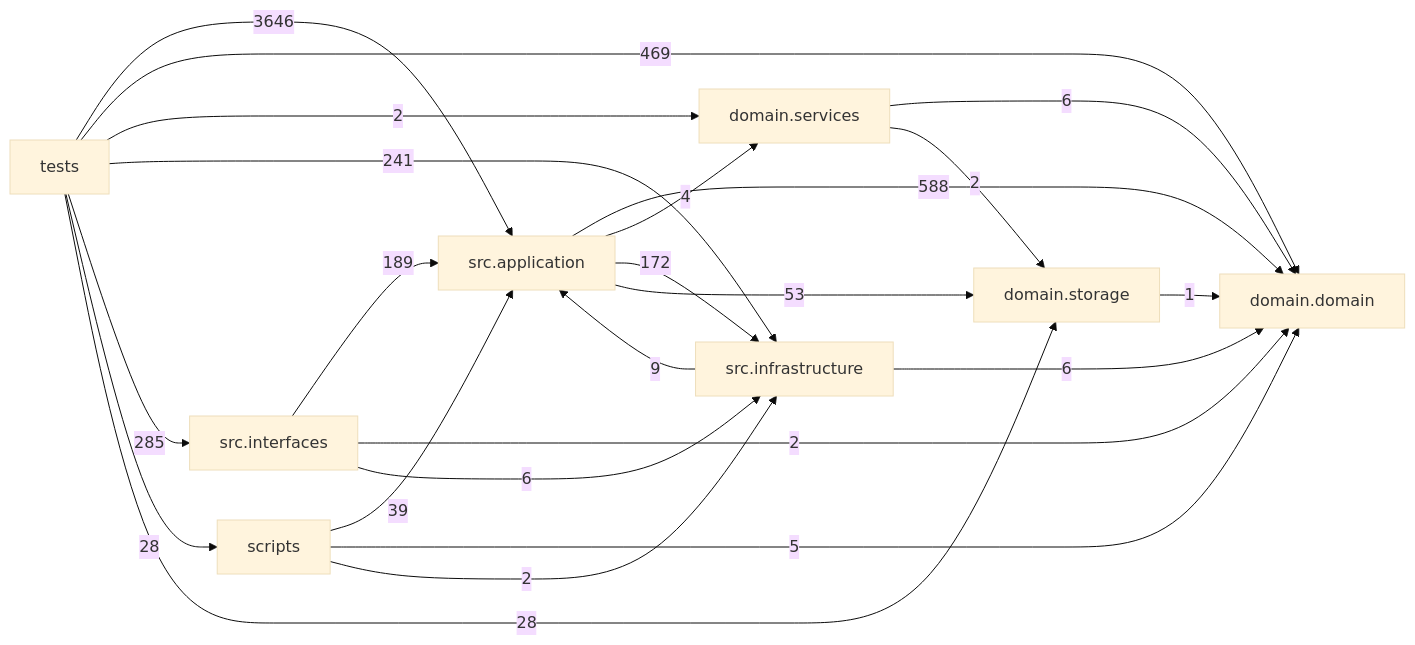
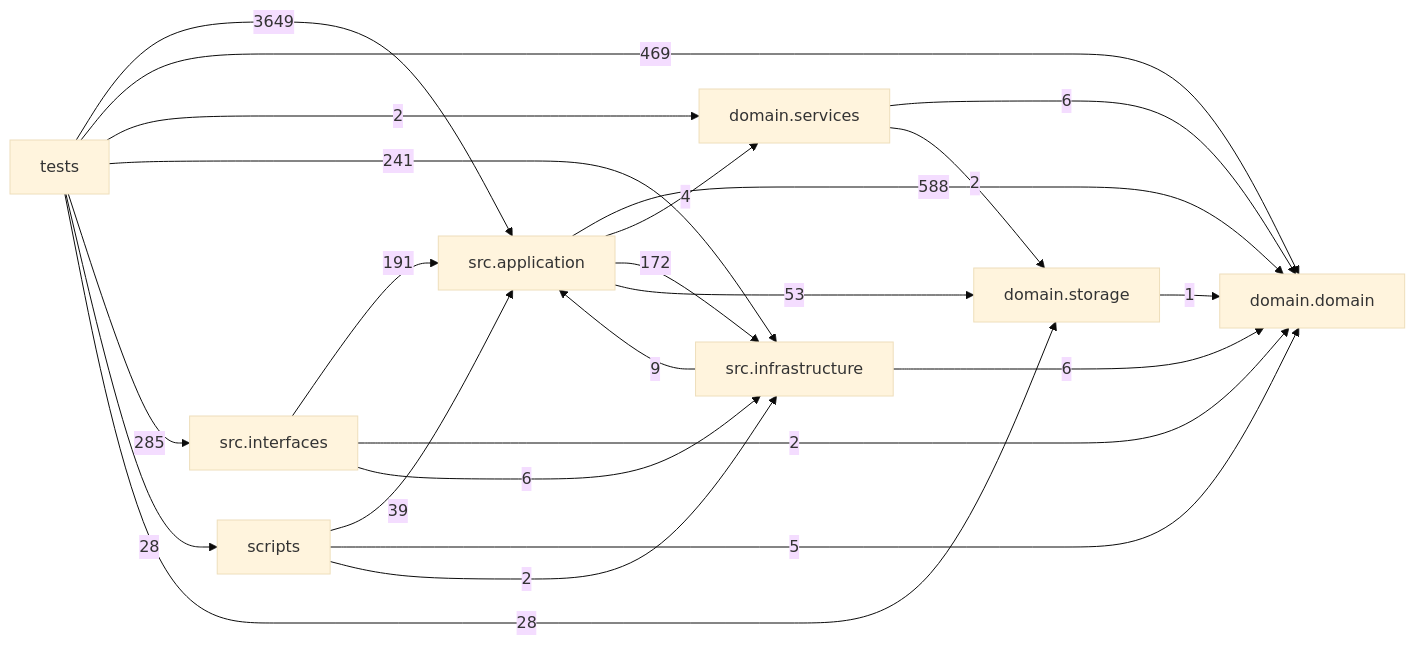
Before and after one commit to liuxie066/options-monitor: the diagram in docs/DEPENDENCY_GRAPH.md, drawn with Mermaid (base theme). The commit also changed other lines of this file and 14 other files, not shown here.

````diff
--- a/docs/DEPENDENCY_GRAPH.md
+++ b/docs/DEPENDENCY_GRAPH.md
@@ -24,33 +24,33 @@
 ```mermaid
 flowchart LR
   tests["tests"]
   scripts["scripts"]
   interfaces["src.interfaces"]
   application["src.application"]
   infrastructure["src.infrastructure"]
   domain_services["domain.services"]
   domain["domain.domain"]
   storage["domain.storage"]
   application -->|588| domain
   application -->|4| domain_services
   application -->|172| infrastructure
   application -->|53| storage
   domain_services -->|6| domain
   domain_services -->|2| storage
   infrastructure -->|9| application
   infrastructure -->|6| domain
-  interfaces -->|189| application
+  interfaces -->|191| application
   interfaces -->|2| domain
   interfaces -->|6| infrastructure
   scripts -->|39| application
   scripts -->|5| domain
   scripts -->|2| infrastructure
   storage -->|1| domain
-  tests -->|3646| application
+  tests -->|3649| application
   tests -->|469| domain
   tests -->|2| domain_services
   tests -->|241| infrastructure
   tests -->|285| interfaces
   tests -->|28| scripts
   tests -->|28| storage
 ```
````
